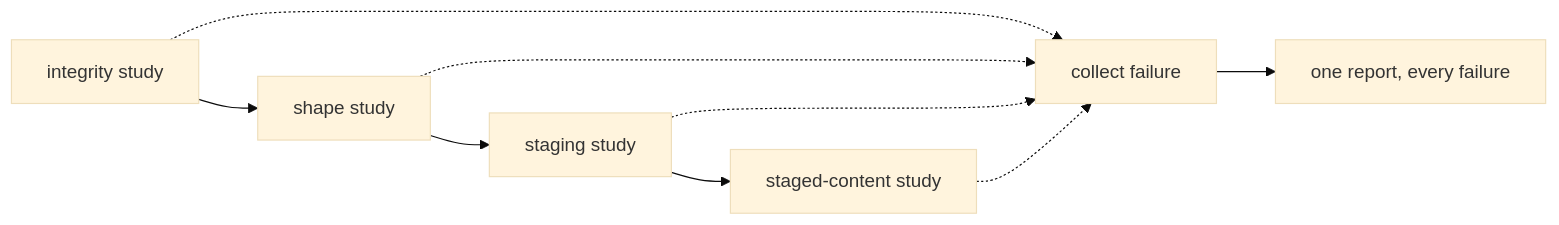
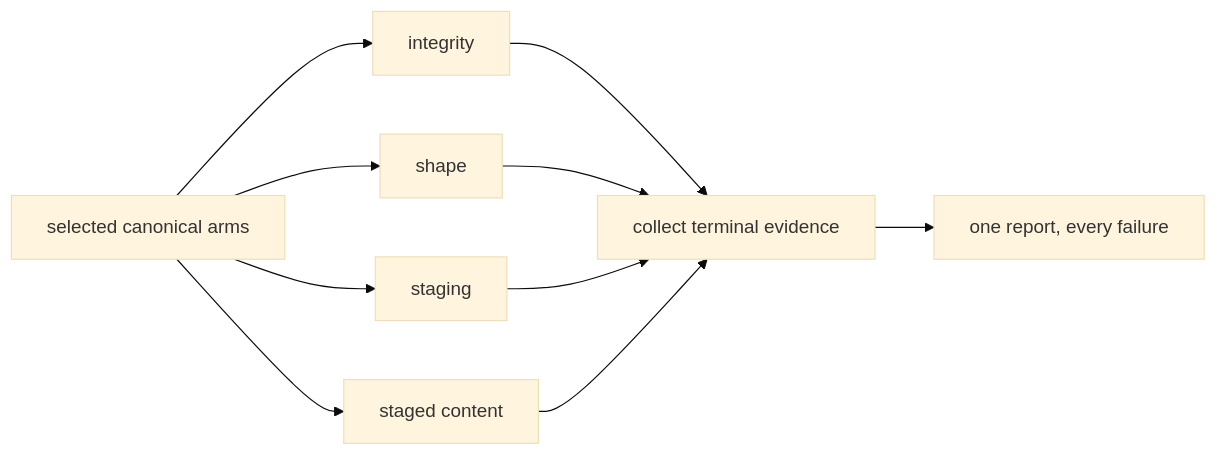
One commit to infimalabs/spice-rust changed the second of 14 diagrams in docs/product/checks.md. Above: the diagram before and after it, drawn with Mermaid (base theme). The commit also changed other lines of this file and 71 other files, not shown here.

````diff
--- a/docs/product/checks.md
+++ b/docs/product/checks.md
@@ -39,9 +55,12 @@
 ```mermaid
 flowchart LR
-  IntegrityStudy["integrity study"] --> ShapeStudy["shape study"] --> StagingStudy["staging study"] --> ContentStudy["staged-content study"]
-  IntegrityStudy -.-> F["collect failure"]
-  ShapeStudy -.-> F
-  StagingStudy -.-> F
-  ContentStudy -.-> F
+  Selection["selected canonical arms"] --> IntegrityStudy["integrity"]
+  Selection --> ShapeStudy["shape"]
+  Selection --> StagingStudy["staging"]
+  Selection --> ContentStudy["staged content"]
+  IntegrityStudy --> F["collect terminal evidence"]
+  ShapeStudy --> F
+  StagingStudy --> F
+  ContentStudy --> F
   F --> R["one report, every failure"]
 ```
````
